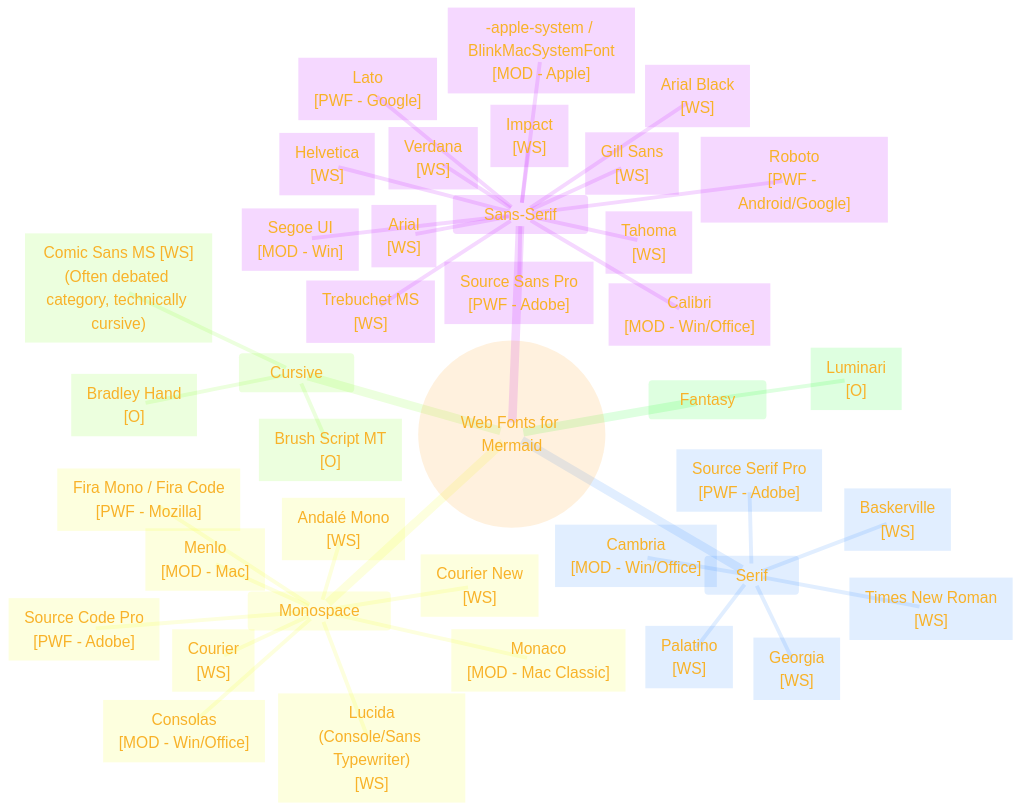
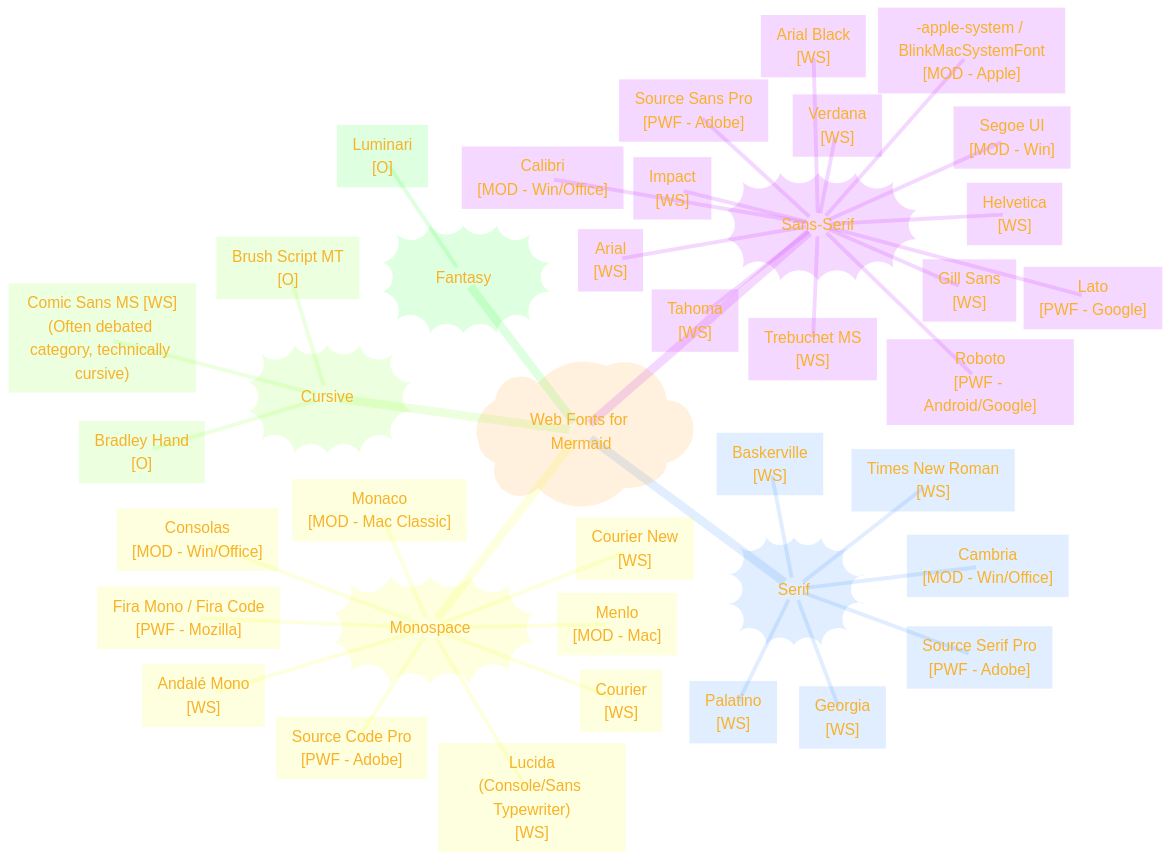
Before and after one commit to CongLeSolutionX/ArchExplorer: the first of 3 diagrams in MERMAID_JS/Web_Font_Guide/Web_Font_Guide.md, drawn with Mermaid.

````diff
--- a/MERMAID_JS/Web_Font_Guide/Web_Font_Guide.md
+++ b/MERMAID_JS/Web_Font_Guide/Web_Font_Guide.md
@@ -37,71 +37,71 @@
 ```mermaid
 ---
 title: "Font Categorization and Origin"
 author: "Cong Le"
 version: "1.0"
 license(s): "MIT, CC BY 4.0"
 copyright: "Copyright (c) 2025 Cong Le. All Rights Reserved."
 config:
   theme: base
 ---
 %%%%%%%% Mermaid version v11.4.1-b.14
 %%{
   init: {
     'fontFamily': 'Andale Mono, monospace',
     'mindmap': {
 	    'nodeAlign': 'center',
 	    'padding': 20
     },
     'themeVariables': {
       'primaryColor': '#FC82',
       'primaryTextColor': '#F8B229',
       'primaryBorderColor': '#27AE60',
       'secondaryColor': '#EBF3',
       'secondaryTextColor': '#6C3483',
       'secondaryBorderColor': '#A569BD',
       'fontSize': '20px'
     }
   }
 }%%
 mindmap
-  root((Web Fonts for Mermaid))
-    Sans-Serif
+  root)"Web Fonts for Mermaid"(
+    Sans_Serif))"Sans-Serif"((
       Helvetica["Helvetica<br>[WS]"]
       Arial["Arial<br>[WS]"]
       Arial_Black["Arial Black<br>[WS]"]
       Verdana["Verdana<br>[WS]"]
       Tahoma["Tahoma<br>[WS]"]
       Trebuchet_MS["Trebuchet MS<br>[WS]"]
       Impact["Impact<br>[WS]"]
       Gill_Sans["Gill Sans<br>[WS]"]
       Segoe_UI["Segoe UI<br>[MOD - Win]"]
       apple_system["-apple-system / BlinkMacSystemFont<br>[MOD - Apple]"]
       Calibri["Calibri<br>[MOD - Win/Office]"]
       Roboto["Roboto<br>[PWF - Android/Google]"]
       Source_Sans_Pro["Source Sans Pro<br>[PWF - Adobe]"]
       Lato["Lato<br>[PWF - Google]"]
-    Serif
+    Serif))"Serif"((
       Times_New_Roman["Times New Roman<br>[WS]"]
       Georgia["Georgia<br>[WS]"]
       Palatino["Palatino<br>[WS]"]
       Baskerville["Baskerville<br>[WS]"]
       Cambria["Cambria<br>[MOD - Win/Office]"]
       Source_Serif_Pro["Source Serif Pro<br>[PWF - Adobe]"]
-    Monospace
+    Monospace))"Monospace"((
       Andale_Mono["Andalé Mono<br>[WS]"]
       Courier["Courier<br>[WS]"]
       Courier_New["Courier New<br>[WS]"]
       Lucida["Lucida<br>(Console/Sans Typewriter)<br>[WS]"]
       Monaco["Monaco<br>[MOD - Mac Classic]"]
       Consolas["Consolas<br>[MOD - Win/Office]"]
       Menlo["Menlo<br>[MOD - Mac]"]
       Source_Code_Pro["Source Code Pro<br>[PWF - Adobe]"]
       Fira_Mono_Fira_Code["Fira Mono / Fira Code<br>[PWF - Mozilla]"]
-    Cursive
+    Cursive))"Cursive"((
       Comic_Sans_MS["Comic Sans MS [WS]<br>(Often debated category, technically cursive)"]
       Bradley_Hand["Bradley Hand<br>[O]"]
       Brush_Script_MT["Brush Script MT<br>[O]"]
-    Fantasy
+    Fantasy))"Fantasy"((
       Luminari["Luminari<br>[O]"]
       
 ```
````
